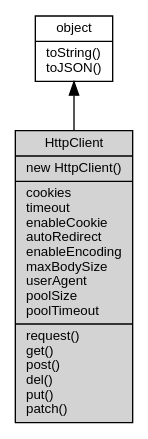
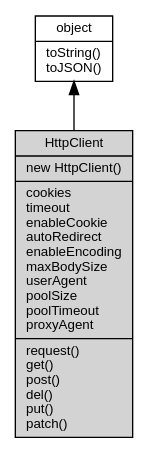
One commit to fibjs/fibjs.org changed the diagram in docs/manual/object/ifs/HttpClient.md. Above: the diagram before and after it, drawn with Graphviz. The commit also changed other lines of this file and 229 other files, not shown here.

````diff
--- a/docs/manual/object/ifs/HttpClient.md
+++ b/docs/manual/object/ifs/HttpClient.md
@@ -14,10 +14,10 @@
 ```dot
 digraph {
     node [fontname="Helvetica,sans-Serif", fontsize=10, shape="record", style="filled", fillcolor="white"];
 
     object [tooltip="object", URL="object.md", label="{object|toString()\ltoJSON()\l}"];
-    HttpClient [tooltip="HttpClient", fillcolor="lightgray", id="me", label="{HttpClient|new HttpClient()\l|cookies\ltimeout\lenableCookie\lautoRedirect\lenableEncoding\lmaxBodySize\luserAgent\lpoolSize\lpoolTimeout\l|request()\lget()\lpost()\ldel()\lput()\lpatch()\l}"];
+    HttpClient [tooltip="HttpClient", fillcolor="lightgray", id="me", label="{HttpClient|new HttpClient()\l|cookies\ltimeout\lenableCookie\lautoRedirect\lenableEncoding\lmaxBodySize\luserAgent\lpoolSize\lpoolTimeout\lproxyAgent\l|request()\lget()\lpost()\ldel()\lput()\lpatch()\l}"];
 
     object -> HttpClient [dir=back];
 }
 ```
````
